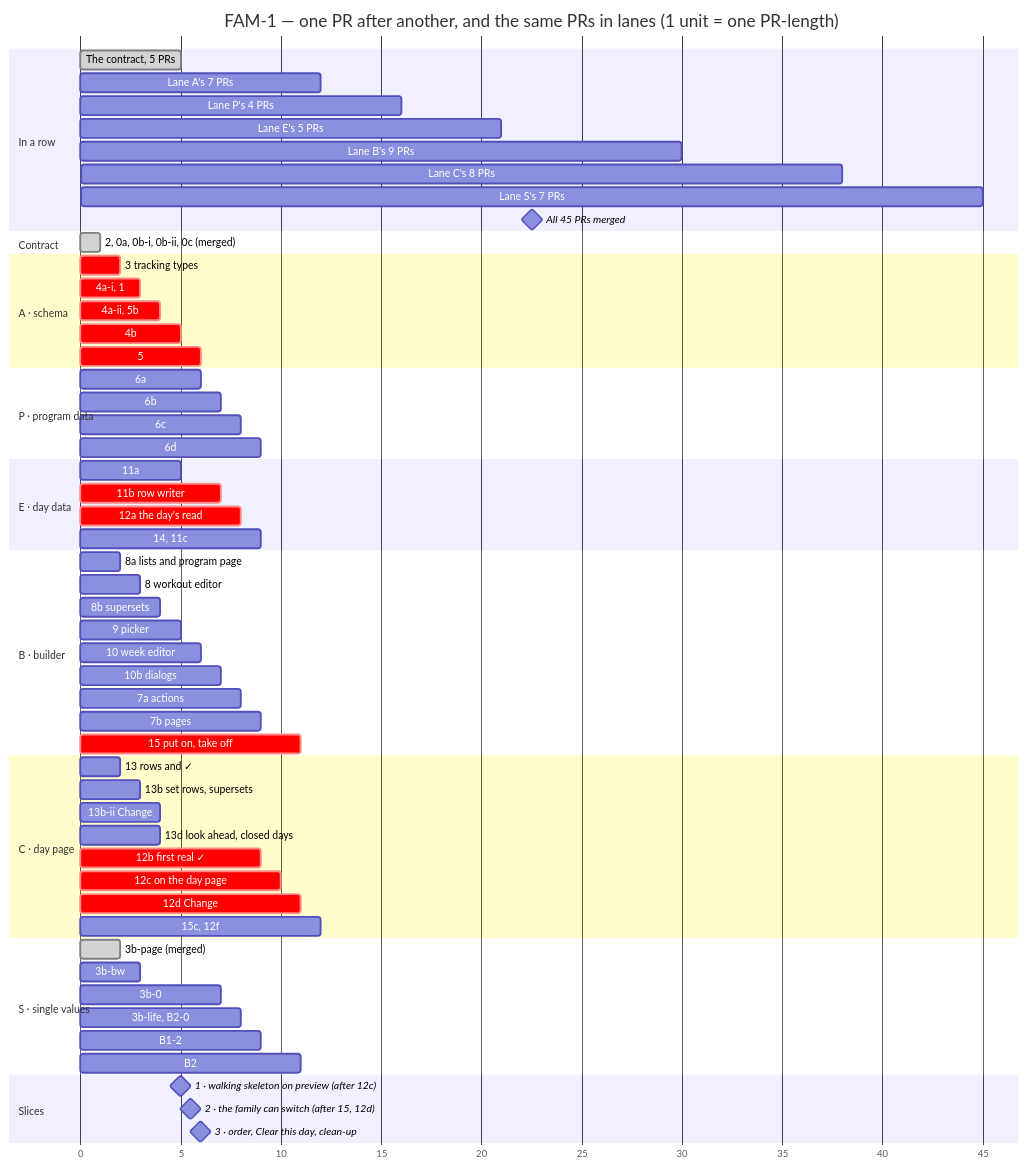
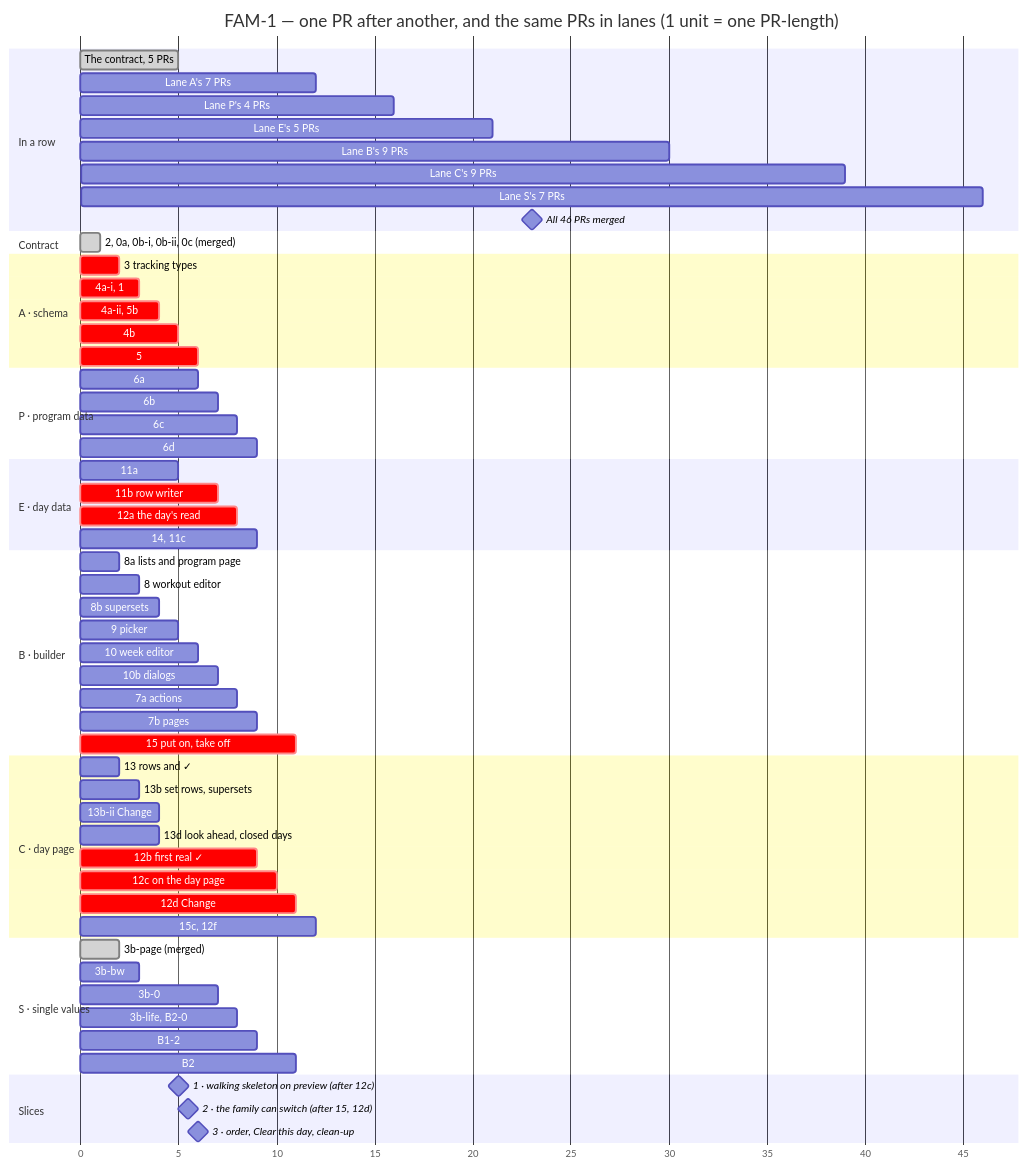
Before and after one commit to ralamode/mat-plan: the second of 2 diagrams in docs/milestones/fam-1-family-program.md, drawn with Mermaid. The commit also changed other lines of this file and 1 other file, not shown here.

Commit message:
docs(fam-1): the chart counts the split step

````diff
--- a/docs/milestones/fam-1-family-program.md
+++ b/docs/milestones/fam-1-family-program.md
@@ -258,73 +258,73 @@
 ```mermaid
 gantt
   title FAM-1 — one PR after another, and the same PRs in lanes (1 unit = one PR-length)
   dateFormat X
   axisFormat %s
   todayMarker off
 
   section In a row
   The contract, 5 PRs          :done, r0, 0, 5
   Lane A's 7 PRs               :r1, 5, 12
   Lane P's 4 PRs               :r2, 12, 16
   Lane E's 5 PRs               :r3, 16, 21
   Lane B's 9 PRs               :r4, 21, 30
-  Lane C's 8 PRs               :r5, 30, 38
-  Lane S's 7 PRs               :r6, 38, 45
-  All 45 PRs merged            :milestone, rm, 45, 45
+  Lane C's 9 PRs               :r5, 30, 39
+  Lane S's 7 PRs               :r6, 39, 46
+  All 46 PRs merged            :milestone, rm, 46, 46
 
   section Contract
   2, 0a, 0b-i, 0b-ii, 0c (merged) :done, c0, 0, 1
 
   section A · schema
   3 tracking types             :crit, a1, 1, 2
   4a-i, 1                      :crit, a2, 2, 3
   4a-ii, 5b                    :crit, a3, 3, 4
   4b                           :crit, a4, 4, 5
   5                            :crit, a5, 5, 6
 
   section P · program data
   6a                           :p1, 5, 6
   6b                           :p2, 6, 7
   6c                           :p3, 7, 8
   6d                           :p4, 8, 9
 
   section E · day data
   11a                          :e1, 4, 5
   11b row writer               :crit, e2, 5, 7
   12a the day's read           :crit, e3, 7, 8
   14, 11c                      :e4, 8, 9
 
   section B · builder
   8a lists and program page    :b1, 1, 2
   8 workout editor             :b2, 2, 3
   8b supersets                 :b3, 3, 4
   9 picker                     :b4, 4, 5
   10 week editor               :b5, 5, 6
   10b dialogs                  :b6, 6, 7
   7a actions                   :b7, 7, 8
   7b pages                     :b8, 8, 9
   15 put on, take off          :crit, b9, 10, 11
 
   section C · day page
   13 rows and ✓                :c1, 1, 2
   13b set rows, supersets      :c2, 2, 3
   13b-ii Change                :c2b, 3, 4
   13d look ahead, closed days  :c3, 3, 4
   12b first real ✓             :crit, c4, 8, 9
   12c on the day page          :crit, c5, 9, 10
   12d Change                   :crit, c6, 10, 11
   15c, 12f                     :c7, 11, 12
 
   section S · single values
   3b-page (merged)             :done, s1, 1, 2
   3b-bw                        :s2, 2, 3
   3b-0                         :s3, 6, 7
   3b-life, B2-0                :s4, 7, 8
   B1-2                         :s5, 8, 9
   B2                           :s6, 10, 11
 
   section Slices
   1 · walking skeleton on preview (after 12c) :milestone, m1, 10, 10
   2 · the family can switch (after 15, 12d)   :milestone, m2, 11, 11
   3 · order, Clear this day, clean-up         :milestone, m3, 12, 12
 ```
````
